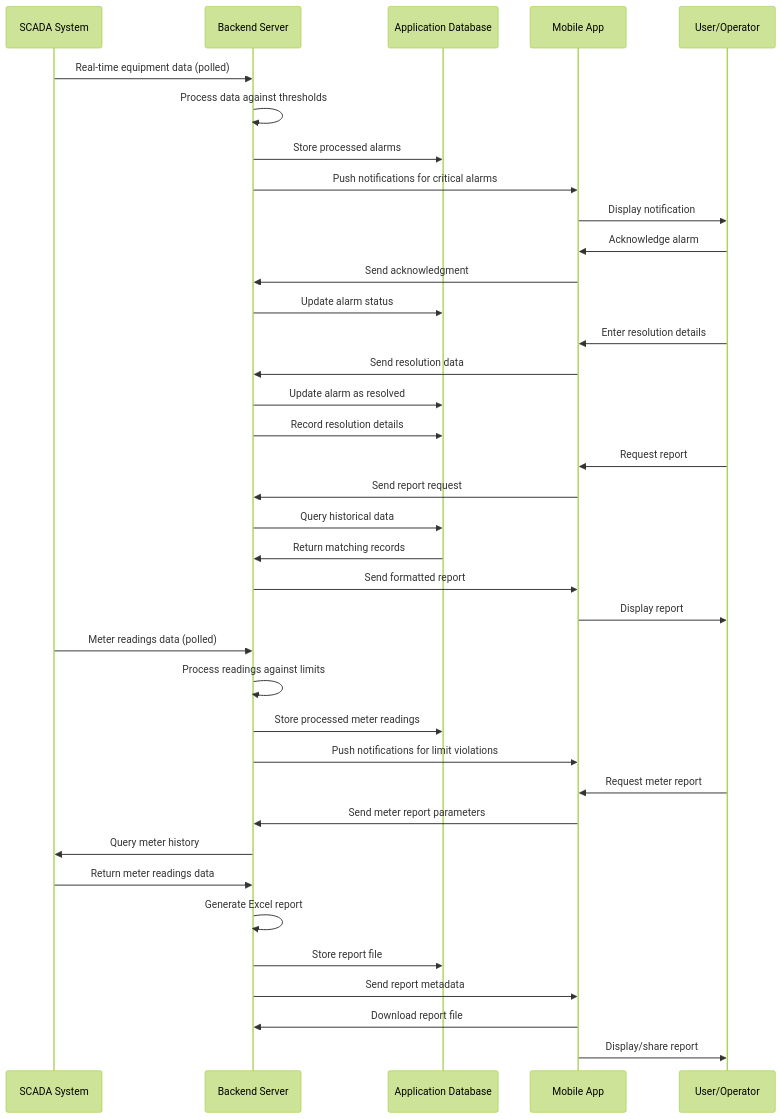
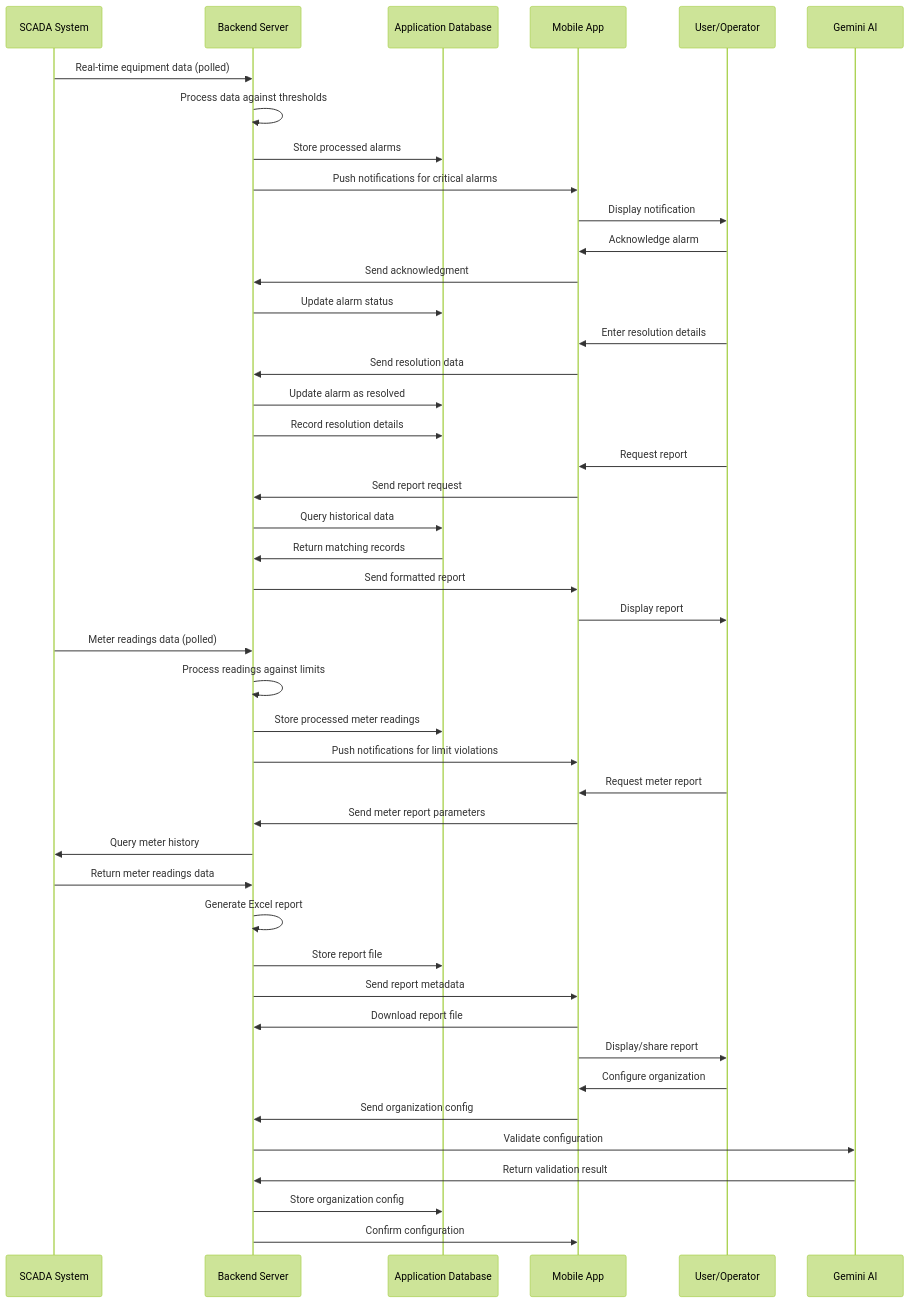
Before and after one commit to CHIRANJEEVICHETAN/Eagle-Notifier: the second of 10 diagrams in README.md, drawn with Mermaid (forest theme). The commit also changed other lines of this file and 12 other files, not shown here.

````diff
--- a/README.md
+++ b/README.md
@@ -203,40 +249,47 @@
 ```mermaid
 sequenceDiagram
     participant SCADA as SCADA System
     participant Server as Backend Server
     participant DB as Application Database
     participant Mobile as Mobile App
     participant User as User/Operator
+    participant AI as Gemini AI
 
     SCADA->>Server: Real-time equipment data (polled)
     Server->>Server: Process data against thresholds
     Server->>DB: Store processed alarms
     Server->>Mobile: Push notifications for critical alarms
     Mobile->>User: Display notification
     User->>Mobile: Acknowledge alarm
     Mobile->>Server: Send acknowledgment
     Server->>DB: Update alarm status
     User->>Mobile: Enter resolution details
     Mobile->>Server: Send resolution data
     Server->>DB: Update alarm as resolved
     Server->>DB: Record resolution details
     User->>Mobile: Request report
     Mobile->>Server: Send report request
     Server->>DB: Query historical data
     DB->>Server: Return matching records
     Server->>Mobile: Send formatted report
     Mobile->>User: Display report
     SCADA->>Server: Meter readings data (polled)
     Server->>Server: Process readings against limits
     Server->>DB: Store processed meter readings
     Server->>Mobile: Push notifications for limit violations
     User->>Mobile: Request meter report
     Mobile->>Server: Send meter report parameters
     Server->>SCADA: Query meter history
     SCADA->>Server: Return meter readings data
     Server->>Server: Generate Excel report
     Server->>DB: Store report file
     Server->>Mobile: Send report metadata
     Mobile->>Server: Download report file
     Mobile->>User: Display/share report
+    User->>Mobile: Configure organization
+    Mobile->>Server: Send organization config
+    Server->>AI: Validate configuration
+    AI->>Server: Return validation result
+    Server->>DB: Store organization config
+    Server->>Mobile: Confirm configuration
 ```
````
